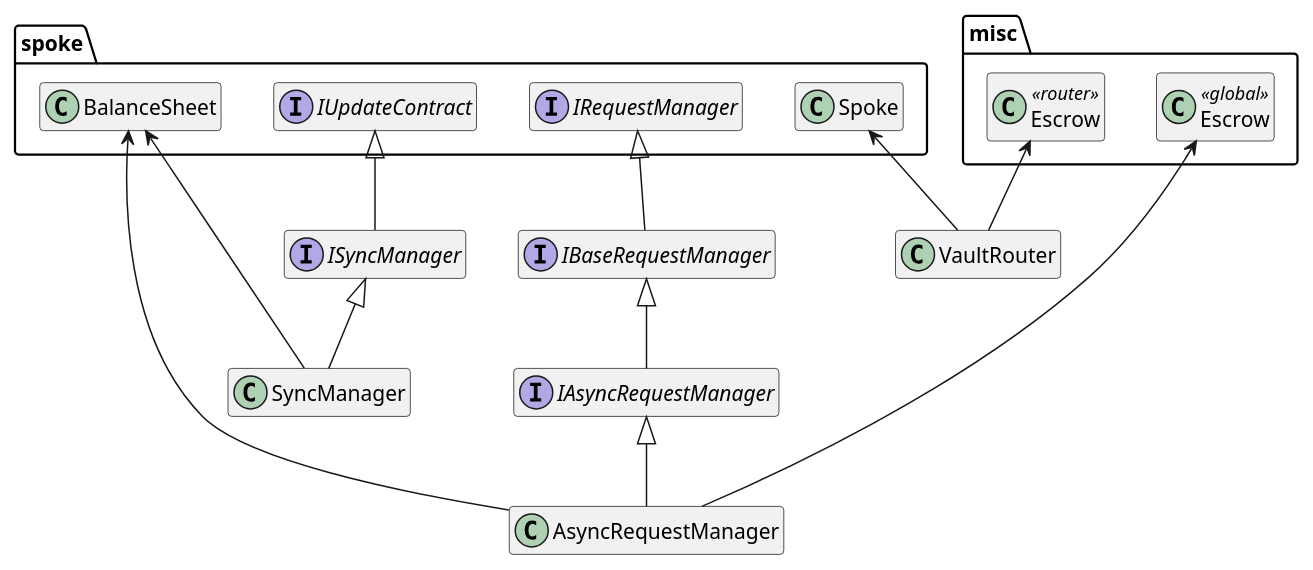
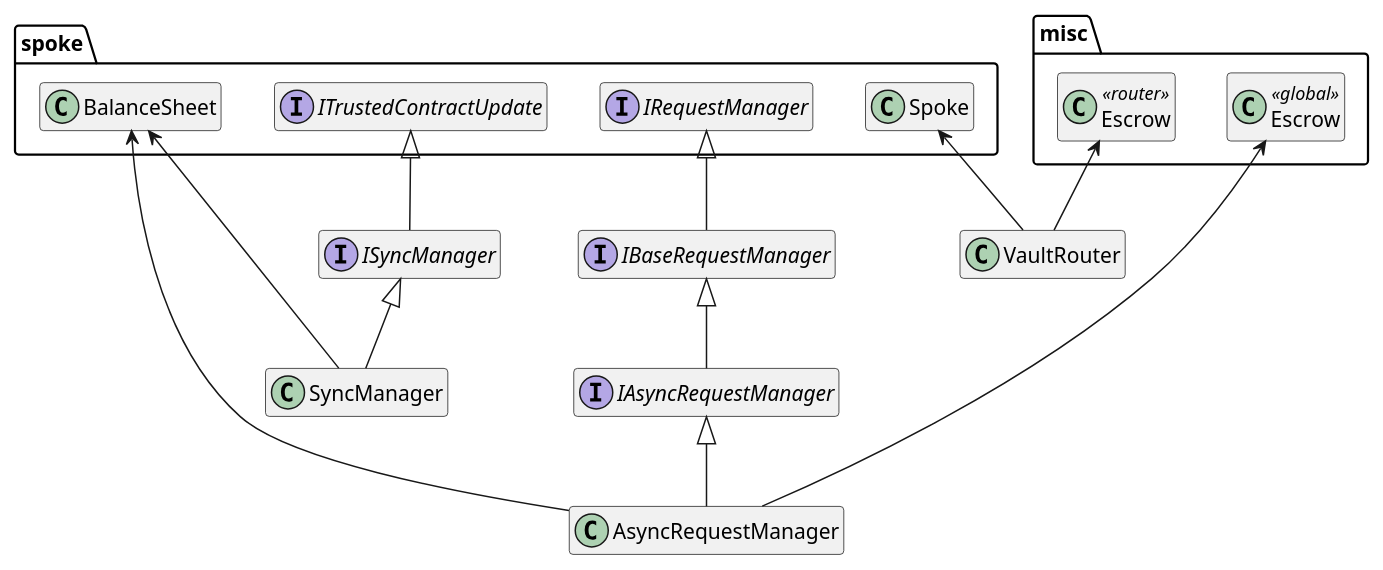
The diagram in docs/architecture/vaults/managers.puml (centrifuge/protocol), drawn with PlantUML before and after one commit. The commit also changed 35 other files, not shown here.

```diff
--- a/docs/architecture/vaults/managers.puml
+++ b/docs/architecture/vaults/managers.puml
@@ -1,36 +1,36 @@
 @startuml
 hide empty members
 
 package misc {
     class "Escrow" as GlobalEscrow<<global>>
     class "Escrow" as RouterEscrow<<router>>
 }
 
 package spoke {
     class Spoke
     class BalanceSheet
-    interface IUpdateContract
+    interface ITrustedContractUpdate
     interface IRequestManager
 }
 
 interface IBaseRequestManager
 
 interface IAsyncRequestManager
 interface ISyncManager
 
 IBaseRequestManager -up-|> IRequestManager
 
 IAsyncRequestManager -up-|> IBaseRequestManager
-ISyncManager -up-|> IUpdateContract
+ISyncManager -up-|> ITrustedContractUpdate
 
 AsyncRequestManager -up--> GlobalEscrow
 AsyncRequestManager -up--> BalanceSheet
 AsyncRequestManager -up-|> IAsyncRequestManager
 
 SyncManager -up-|> ISyncManager
 SyncManager -up--> BalanceSheet
 
 VaultRouter -up-> RouterEscrow
 VaultRouter -up-> Spoke
 
 @enduml
```
